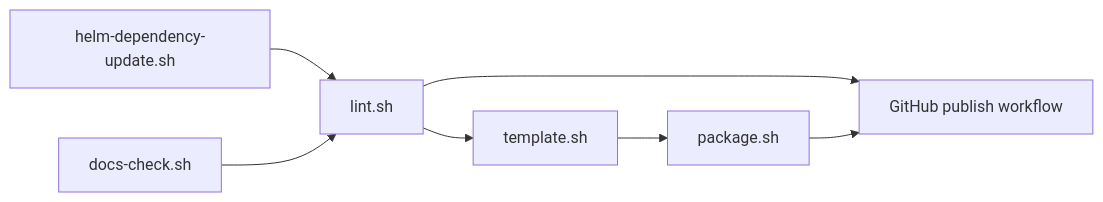
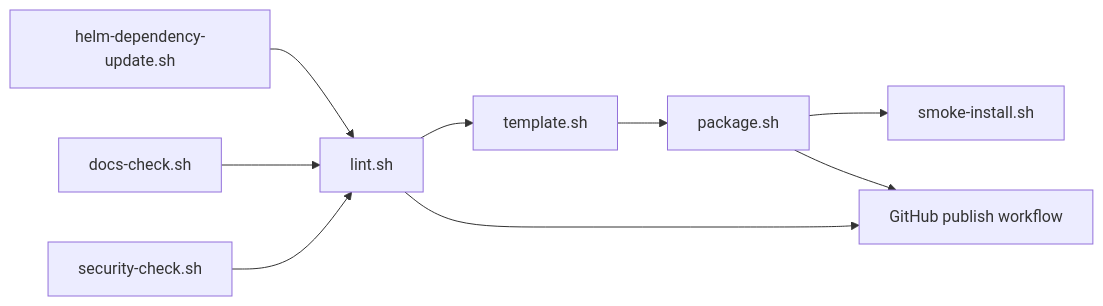
The diagram in hack/README.md (sanger-pathogens/dlh-in-a-box-umbrella-helm-chart), drawn with Mermaid before and after one commit. The commit also changed other lines of this file and 25 other files, not shown here.

Commit message:
security fixes and smoke tests

````diff
--- a/hack/README.md
+++ b/hack/README.md
@@ -8,9 +8,11 @@
 ```mermaid
 flowchart LR
   Update[helm-dependency-update.sh] --> Lint[lint.sh]
   Docs[docs-check.sh] --> Lint
+  Security[security-check.sh] --> Lint
   Lint --> Render[template.sh]
   Render --> Package[package.sh]
+  Package --> Smoke[smoke-install.sh]
   Lint --> Publish[GitHub publish workflow]
   Package --> Publish
 ```
````
